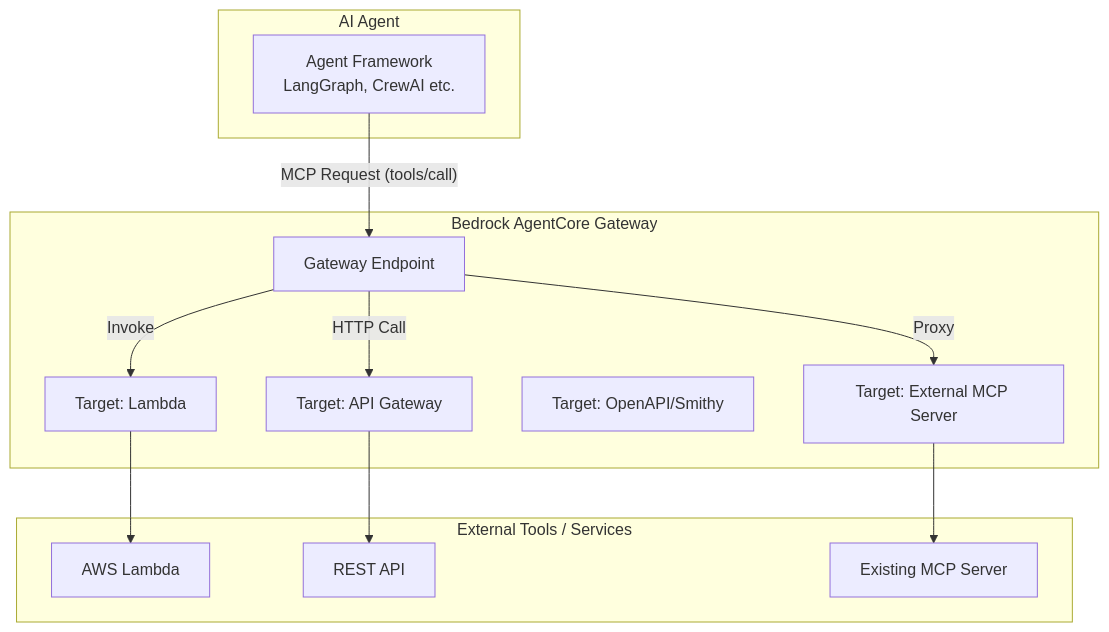
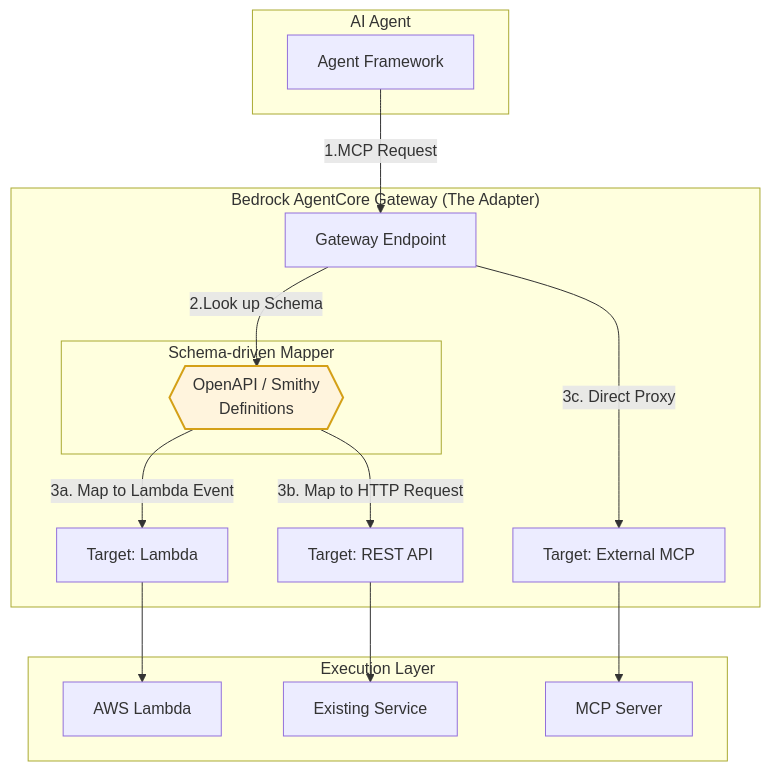
One commit to awk256/strandsagents changed the diagram in 80.BedrockAgentCore/80-10-010.ゲートウェイ.md. Above: the diagram before and after it, drawn with Mermaid. The commit also changed other lines of this file, not shown here.

Commit message:
2026-01-10 12:42

````diff
--- a/80.BedrockAgentCore/80-10-010.ゲートウェイ.md
+++ b/80.BedrockAgentCore/80-10-010.ゲートウェイ.md
@@ -18,25 +17,38 @@
 ```mermaid
 graph TD
     subgraph "AI Agent"
-        A[Agent Framework<br/>LangGraph, CrewAI etc.]
+        A[Agent Framework]
     end
 
-    subgraph "Bedrock AgentCore Gateway"
+    subgraph "Bedrock AgentCore Gateway (The Adapter)"
         G[Gateway Endpoint]
+        
+        %% 変換・解釈の中心的役割
+        subgraph "Schema-driven Mapper"
+            S{{OpenAPI / Smithy<br/>Definitions}}
+        end
+
         T1[Target: Lambda]
-        T2[Target: API Gateway]
-        T3[Target: OpenAPI/Smithy]
-        T4[Target: External MCP Server]
+        T2[Target: REST API]
+        T4[Target: External MCP]
     end
 
-    subgraph "External Tools / Services"
+    subgraph "Execution Layer"
         L[AWS Lambda]
-        R[REST API]
-        S[Existing MCP Server]
+        R[Existing Service]
+        M[MCP Server]
     end
 
-    A -- "MCP Request (tools/call)" --> G
-    G -- "Invoke" --> T1 --> L
-    G -- "HTTP Call" --> T2 --> R
-    G -- "Proxy" --> T4 --> S
+    %% Flow
+    A -- "1.MCP Request" --> G
+    G -- "2.Look up Schema" --> S
+    
+    %% スキーマに基づいて各ターゲットへ
+    S -- "3a. Map to Lambda Event" --> T1 --> L
+    S -- "3b. Map to HTTP Request" --> T2 --> R
+    
+    %% MCP同士はスキーマ変換を介さずパススルー
+    G -- "3c. Direct Proxy" --> T4 --> M
+
+    style S fill:#fff4dd,stroke:#d4a017,stroke-width:2px
 ```
````
